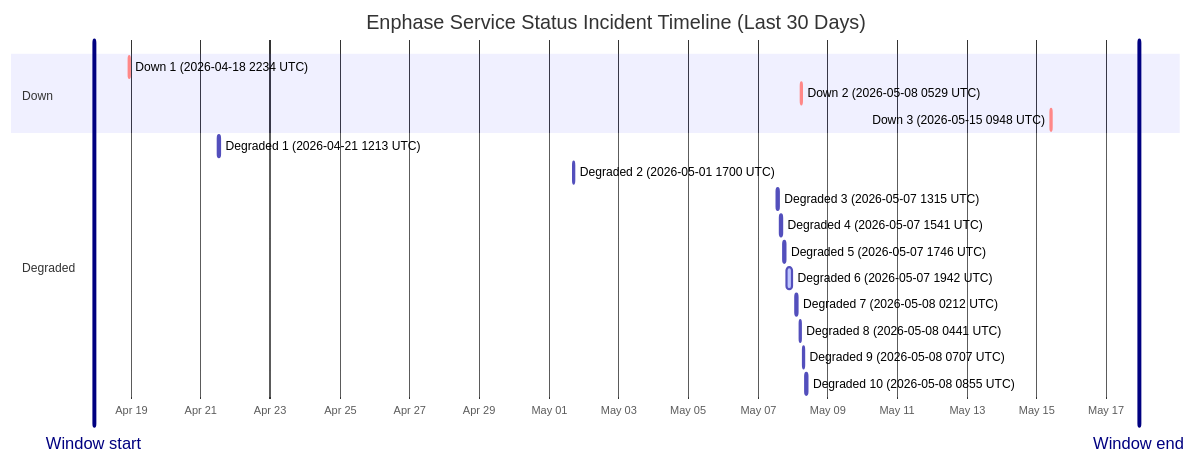
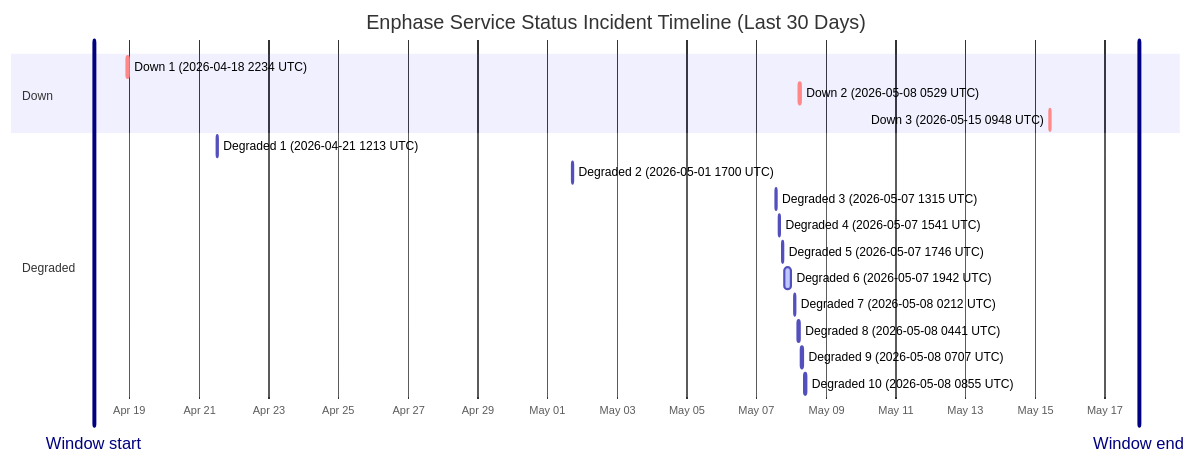
One commit to barneyonline/ha-enphase-ev-charger changed the diagram in wiki/Service-Status-History.md. Above: the diagram before and after it, drawn with Mermaid. The commit also changed other lines of this file and 3 other files, not shown here.

````diff
--- a/wiki/Service-Status-History.md
+++ b/wiki/Service-Status-History.md
@@ -14,23 +14,23 @@
 ```mermaid
 gantt
     title Enphase Service Status Incident Timeline (Last 30 Days)
     dateFormat  YYYY-MM-DDTHH:mm:ss
     axisFormat  %b %d
-    Window start :vert, window-start, 2026-04-17T22:25:45, 0ms
-    Window end :vert, window-end, 2026-05-17T22:25:45, 0ms
+    Window start :vert, window-start, 2026-04-17T23:29:24, 0ms
+    Window end :vert, window-end, 2026-05-17T23:29:24, 0ms
     section Down
     Down 1 (2026-04-18 2234 UTC) :crit, down-1, 2026-04-18T22:34:13, 60m
     Down 2 (2026-05-08 0529 UTC) :crit, down-2, 2026-05-08T05:29:47, 60m
     Down 3 (2026-05-15 0948 UTC) :crit, down-3, 2026-05-15T09:48:18, 60m
     section Degraded
     Degraded 1 (2026-04-21 1213 UTC) :active, degraded-1, 2026-04-21T12:13:11, 60m
     Degraded 2 (2026-05-01 1700 UTC) :active, degraded-2, 2026-05-01T17:00:22, 60m
     Degraded 3 (2026-05-07 1315 UTC) :active, degraded-3, 2026-05-07T13:15:25, 60m
     Degraded 4 (2026-05-07 1541 UTC) :active, degraded-4, 2026-05-07T15:41:58, 60m
     Degraded 5 (2026-05-07 1746 UTC) :active, degraded-5, 2026-05-07T17:46:51, 60m
     Degraded 6 (2026-05-07 1942 UTC) :active, degraded-6, 2026-05-07T19:42:10, 249m
     Degraded 7 (2026-05-08 0212 UTC) :active, degraded-7, 2026-05-08T02:12:39, 60m
     Degraded 8 (2026-05-08 0441 UTC) :active, degraded-8, 2026-05-08T04:41:46, 60m
     Degraded 9 (2026-05-08 0707 UTC) :active, degraded-9, 2026-05-08T07:07:30, 60m
     Degraded 10 (2026-05-08 0855 UTC) :active, degraded-10, 2026-05-08T08:55:20, 88m
 ```
````
